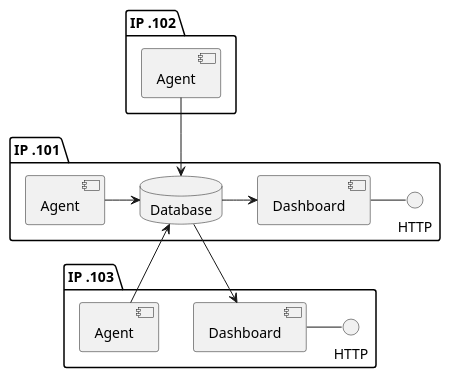
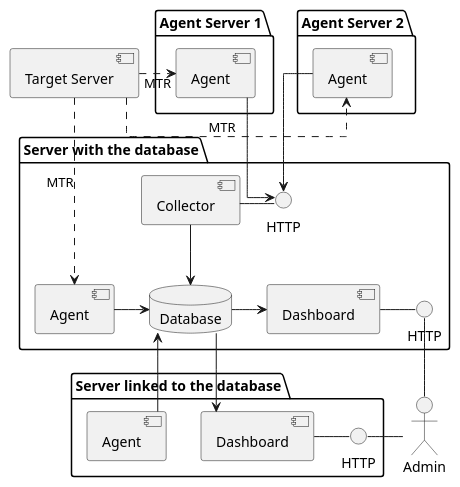
One commit to yidas/mtr-database-php changed the diagram in img/architecture-diagram.plantuml. Above: the diagram before and after it, drawn with PlantUML. The commit also changed 5 other files, not shown here.

```diff
--- a/img/architecture-diagram.plantuml
+++ b/img/architecture-diagram.plantuml
@@ -1,29 +1,49 @@
 @startuml
+'skinparam linetype polyline
+skinparam linetype ortho
 
-package "IP .101" {
+package "Server with the database" {
   component "Agent" as agent
   component "Dashboard" as dashboard
+  component "Collector" as collector
   database "Database" as db
   Interface "HTTP" as http
+  Interface "HTTP" as http_c
+  agent -right-> db
   dashboard -right- http
-  agent -right-> db
   dashboard <-left- db
+  collector -right- http_c
+  collector -down-> db
 }
 
-package "IP .102" {
+package "Agent Server 1" {
   component "Agent" as agent2 
 }
 
-package "IP .103" {
-  component "Agent" as agent3
+package "Agent Server 2" {
+  component "Agent" as agent3 
+}
+
+package "Server linked to the database" {
   component "Dashboard" as dashboard2
+  component "Agent" as agent4
   Interface "HTTP" as http2
   dashboard2 -right- http2
 }
 
-agent2 -down-> db
-agent3 -up-> db
+actor "Admin" as admin
+
+agent2 -down-> http_c
+agent3 -down-> http_c
+agent4 -up-> db
 dashboard2 <-up- db
+admin -left- http
+admin -left- http2
 
+component "Target Server" as target
+agent <.left. target: MTR
+agent2 <.left. target: MTR
+agent3 <.left. target: MTR
+'agent4 <.left. target: MTR
 
 @enduml
```
